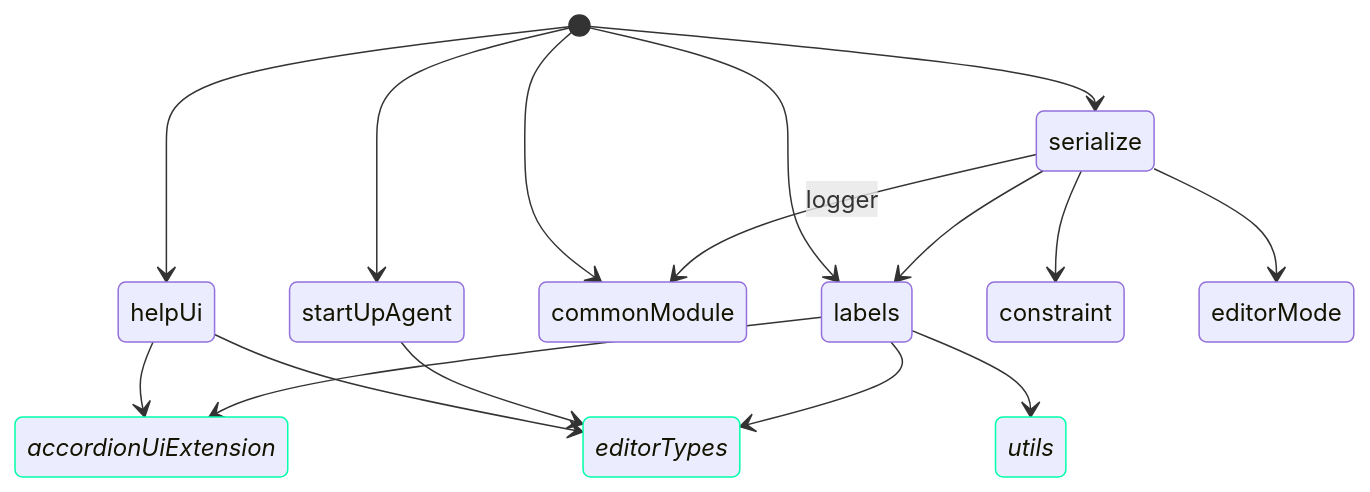
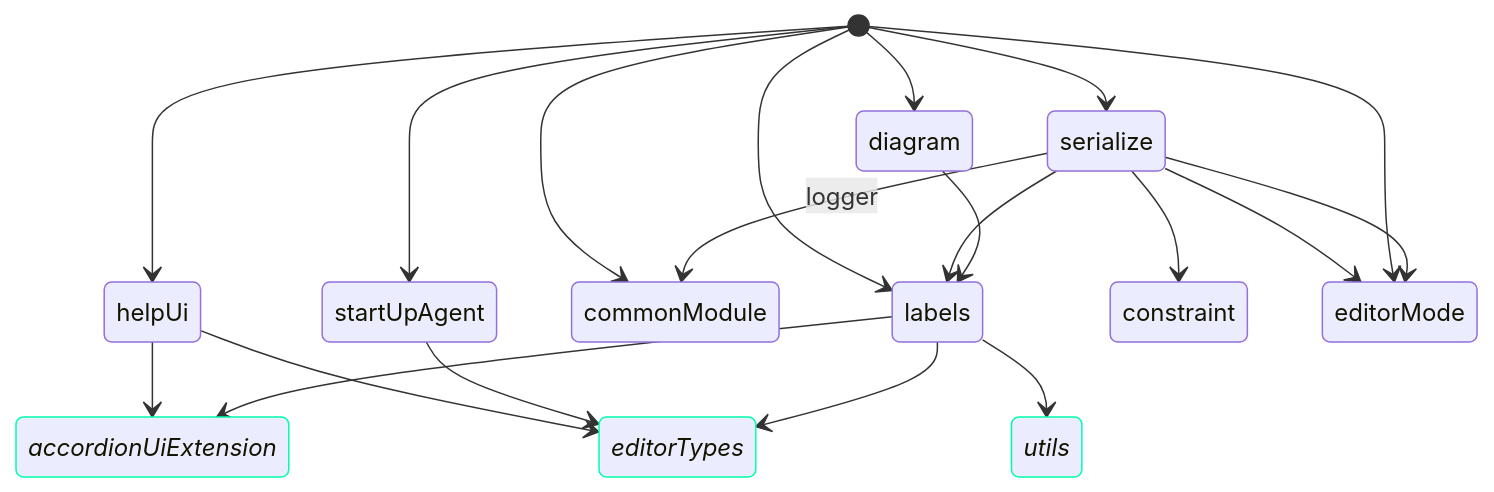
One commit to DataFlowAnalysis/OnlineEditor changed the diagram in frontend/webEditor/dependencyGraph.md. Above: the diagram before and after it, drawn with Mermaid. The commit also changed 15 other files, not shown here.

````diff
--- a/frontend/webEditor/dependencyGraph.md
+++ b/frontend/webEditor/dependencyGraph.md
@@ -1,23 +1,28 @@
 ```mermaid
 stateDiagram-v2
     [*] --> helpUi
     [*] --> startUpAgent
     helpUi --> accordionUiExtension
     helpUi --> editorTypes
     startUpAgent --> editorTypes
     [*] --> commonModule
     [*] --> labels
     labels --> utils
     labels --> editorTypes
     labels --> accordionUiExtension
 
     serialize --> labels
     serialize --> constraint
     serialize --> editorMode
     [*] --> serialize
+    serialize --> commonModule: logger
 
-    serialize --> commonModule: logger
+    [*] --> editorMode
+    serialize --> editorMode
+
+    [*] --> diagram
+    diagram --> labels
 
     classDef diLess font-style:italic,stroke:#0fa
     class accordionUiExtension,editorTypes,utils diLess
 ```
````
